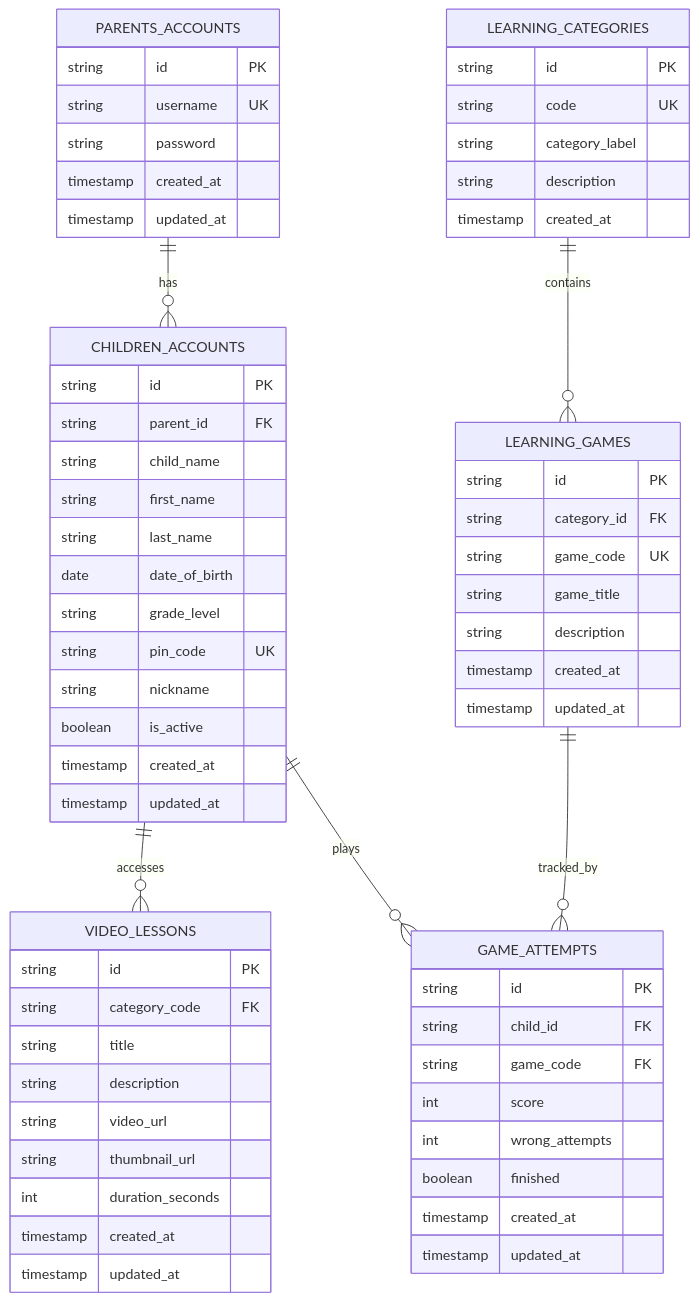
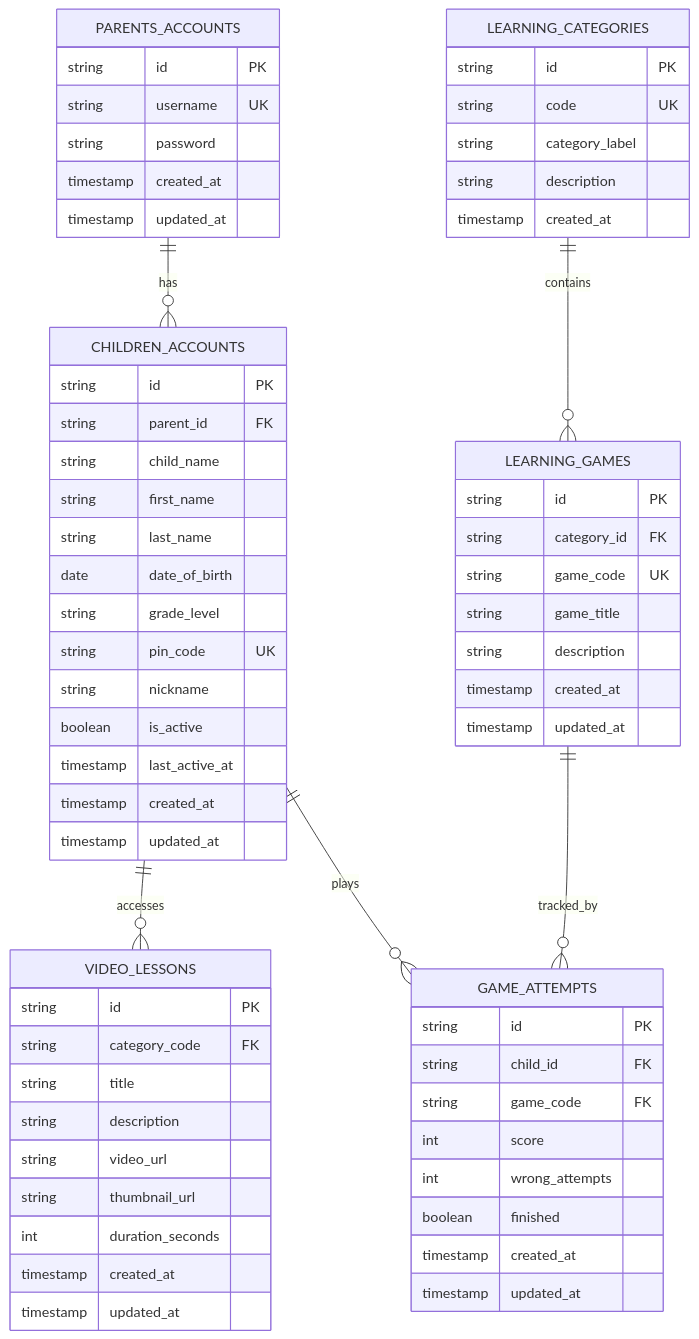
One commit to Ajerojay/E-Learning changed the diagram in DATABASE_ERD.md. Above: the diagram before and after it, drawn with Mermaid. The commit also changed other lines of this file, not shown here.

````diff
--- a/DATABASE_ERD.md
+++ b/DATABASE_ERD.md
@@ -3,72 +3,73 @@
 ```mermaid
 erDiagram
     PARENTS_ACCOUNTS ||--o{ CHILDREN_ACCOUNTS : "has"
     LEARNING_CATEGORIES ||--o{ LEARNING_GAMES : "contains"
     CHILDREN_ACCOUNTS ||--o{ VIDEO_LESSONS : "accesses"
     LEARNING_GAMES ||--o{ GAME_ATTEMPTS : "tracked_by"
     CHILDREN_ACCOUNTS ||--o{ GAME_ATTEMPTS : "plays"
 
     PARENTS_ACCOUNTS {
         string id PK
         string username UK
         string password
         timestamp created_at
         timestamp updated_at
     }
 
     CHILDREN_ACCOUNTS {
         string id PK
         string parent_id FK
         string child_name
         string first_name
         string last_name
         date date_of_birth
         string grade_level
         string pin_code UK
         string nickname
         boolean is_active
+        timestamp last_active_at
         timestamp created_at
         timestamp updated_at
     }
 
     LEARNING_CATEGORIES {
         string id PK
         string code UK
         string category_label
         string description
         timestamp created_at
     }
 
     LEARNING_GAMES {
         string id PK
         string category_id FK
         string game_code UK
         string game_title
         string description
         timestamp created_at
         timestamp updated_at
     }
 
     VIDEO_LESSONS {
         string id PK
         string category_code FK
         string title
         string description
         string video_url
         string thumbnail_url
         int duration_seconds
         timestamp created_at
         timestamp updated_at
     }
 
     GAME_ATTEMPTS {
         string id PK
         string child_id FK
         string game_code FK
         int score
         int wrong_attempts
         boolean finished
         timestamp created_at
         timestamp updated_at
     }
 ```
````
